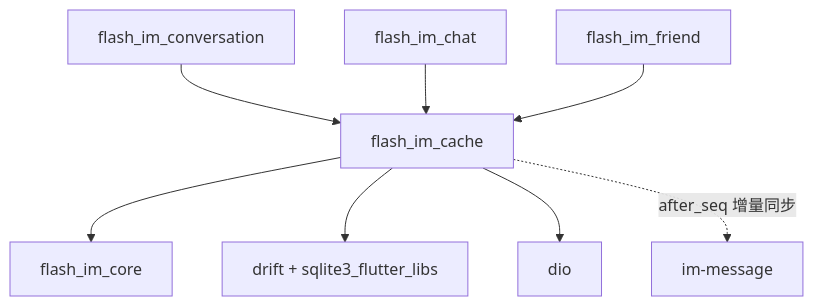
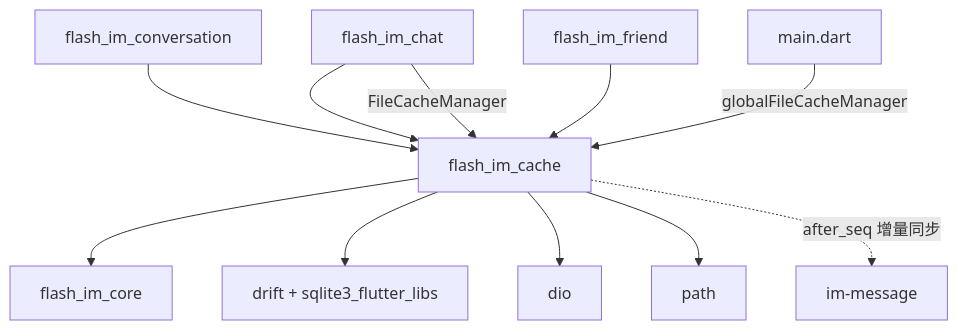
The first of 3 diagrams in docs/features/archiver/modules/cache/client.md (toly1994328/flash_im_by_ai), drawn with Mermaid before and after one commit. The commit also changed other lines of this file and 35 other files, not shown here.

````diff
--- a/docs/features/archiver/modules/cache/client.md
+++ b/docs/features/archiver/modules/cache/client.md
@@ -18,10 +20,13 @@
 ```mermaid
 graph TD
     CACHE[flash_im_cache] --> CORE[flash_im_core]
     CACHE --> DRIFT[drift + sqlite3_flutter_libs]
     CACHE --> DIO[dio]
+    CACHE --> PATH[path]
     CONV[flash_im_conversation] --> CACHE
     CHAT[flash_im_chat] --> CACHE
     FRIEND[flash_im_friend] --> CACHE
     CACHE -.->|after_seq 增量同步| MSG[im-message]
+    CHAT -->|FileCacheManager| CACHE
+    MAIN[main.dart] -->|globalFileCacheManager| CACHE
 ```
````
